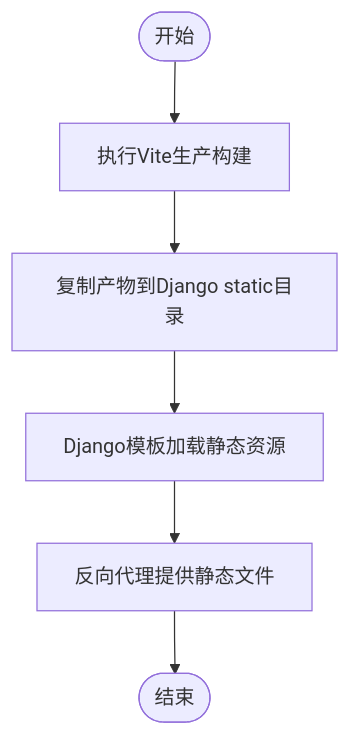
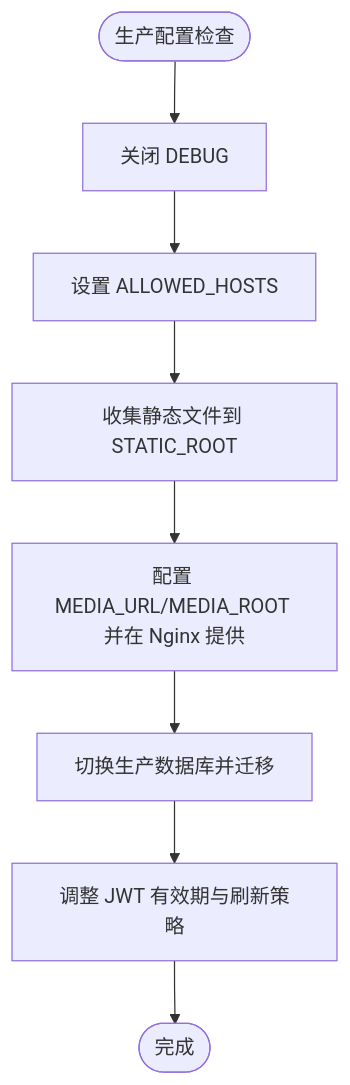
Before and after one commit to Blaipchi/LLM_AIfriends: the third of 6 diagrams in .qoder/repowiki/zh/content/部署指南/生产环境部署.md, drawn with Mermaid. The commit also changed other lines of this file and 89 other files, not shown here.

````diff
--- a/.qoder/repowiki/zh/content/部署指南/生产环境部署.md
+++ b/.qoder/repowiki/zh/content/部署指南/生产环境部署.md
@@ -127,8 +113,10 @@
 ```mermaid
 flowchart TD
-Start(["开始"]) --> Build["执行Vite生产构建"]
-Build --> Copy["复制产物到Django static目录"]
-Copy --> Template["Django模板加载静态资源"]
-Template --> Serve["反向代理提供静态文件"]
-Serve --> End(["结束"])
+Start(["生产配置检查"]) --> DebugOff["关闭 DEBUG"]
+DebugOff --> HostsSet["设置 ALLOWED_HOSTS"]
+HostsSet --> StaticCollect["收集静态文件到 STATIC_ROOT"]
+StaticCollect --> MediaConf["配置 MEDIA_URL/MEDIA_ROOT 并在 Nginx 提供"]
+MediaConf --> DBProd["切换生产数据库并迁移"]
+DBProd --> JWTConf["调整 JWT 有效期与刷新策略"]
+JWTConf --> Done(["完成"])
 ```
````
